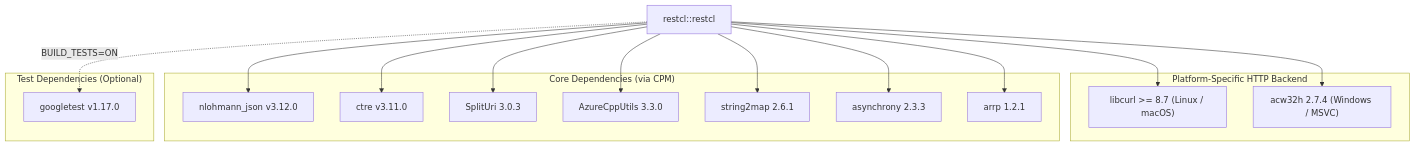
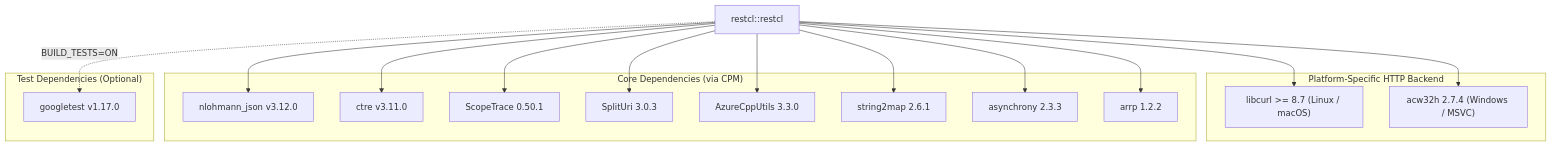
One commit to SiddiqSoft/restcl changed the diagram in docs/integration/dependencies.md. Above: the diagram before and after it, drawn with Mermaid. The commit also changed other lines of this file and 24 other files, not shown here.

Commit message:
breaking: Updated tests and code to include ScopeTrace

````diff
--- a/docs/integration/dependencies.md
+++ b/docs/integration/dependencies.md
@@ -7,34 +7,36 @@
 ```mermaid
 graph TD
     restcl["restcl::restcl"]
 
     subgraph Platform["Platform-Specific HTTP Backend"]
         LIBCURL["libcurl >= 8.7 (Linux / macOS)"]
         ACW32H["acw32h 2.7.4 (Windows / MSVC)"]
     end
 
     subgraph Core["Core Dependencies (via CPM)"]
         NLOHMANNJSON["nlohmann_json v3.12.0"]
         CTRE["ctre v3.11.0"]
+        SCOPETRACE["ScopeTrace 0.50.1"]
         SPLITURI["SplitUri 3.0.3"]
         AZURECPPUTILS["AzureCppUtils 3.3.0"]
         STRING2MAP["string2map 2.6.1"]
         ASYNCHRONY["asynchrony 2.3.3"]
-        ARRP["arrp 1.2.1"]
+        ARRP["arrp 1.2.2"]
     end
 
     subgraph Test["Test Dependencies (Optional)"]
         GOOGLETEST["googletest v1.17.0"]
     end
 
     restcl --> LIBCURL
     restcl --> ACW32H
     restcl --> NLOHMANNJSON
     restcl --> CTRE
+    restcl --> SCOPETRACE
     restcl --> SPLITURI
     restcl --> AZURECPPUTILS
     restcl --> STRING2MAP
     restcl --> ASYNCHRONY
     restcl --> ARRP
     restcl -. "BUILD_TESTS=ON" .-> GOOGLETEST
 ```
````
